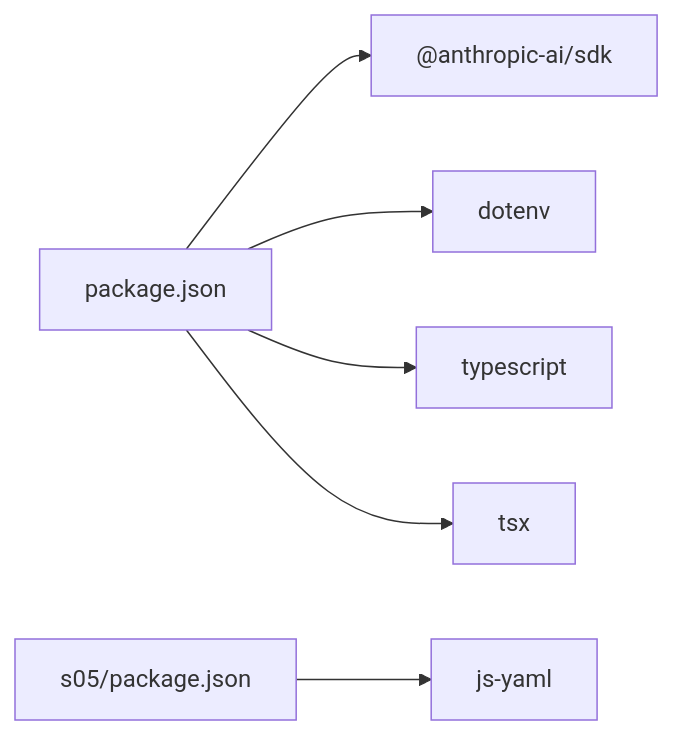
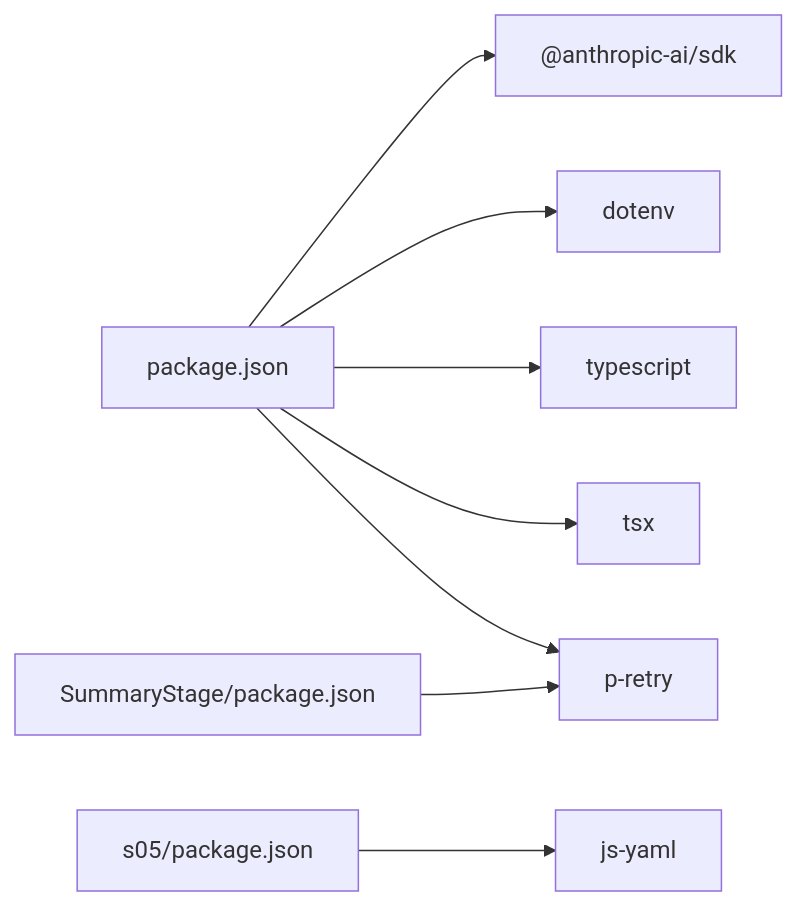
Before and after one commit to eurekaYYzero/Mini-Claude-Code: diagram 11 of 11 in .qoder/repowiki/zh/content/高级主题/高级主题.md, drawn with Mermaid. The commit also changed other lines of this file and 20 other files, not shown here.

````diff
--- a/.qoder/repowiki/zh/content/高级主题/高级主题.md
+++ b/.qoder/repowiki/zh/content/高级主题/高级主题.md
@@ -251,8 +401,10 @@
 ```mermaid
 graph LR
 Pkg["package.json"] --> Anth["@anthropic-ai/sdk"]
 Pkg --> Dot["dotenv"]
 Pkg --> TS["typescript"]
 Pkg --> TSX["tsx"]
+Pkg --> PRetry["p-retry"]
 S05["s05/package.json"] --> YAML["js-yaml"]
+S09["SummaryStage/package.json"] --> PRetry
 ```
````
